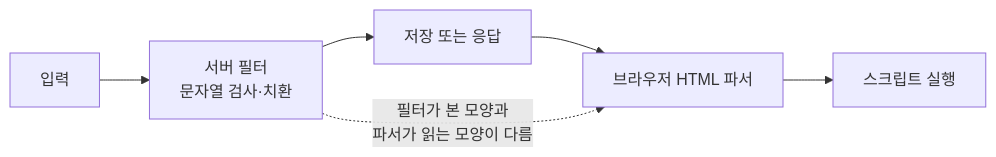
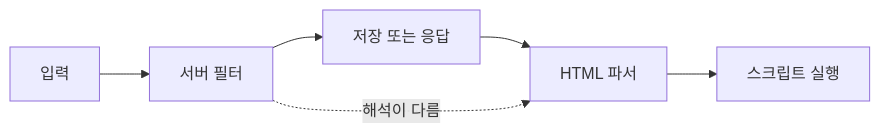
The diagram in _notes/xss-filter-bypass-patterns.md (logiciris/logiciris.github.io), drawn with Mermaid before and after one commit. The commit also changed 28 other files, not shown here.

Commit message:
Notes batches 1-2: qa fixes (accuracy, links, mermaid labels)

````diff
--- a/_notes/xss-filter-bypass-patterns.md
+++ b/_notes/xss-filter-bypass-patterns.md
@@ -22,8 +22,8 @@
 ```mermaid
 flowchart LR
-    A["입력"] --> B["서버 필터<br/>문자열 검사·치환"]
+    A["입력"] --> B["서버 필터"]
     B --> C["저장 또는 응답"]
-    C --> D["브라우저 HTML 파서"]
+    C --> D["HTML 파서"]
     D --> E["스크립트 실행"]
-    B -. "필터가 본 모양과<br/>파서가 읽는 모양이 다름" .-> D
+    B -. "해석이 다름" .-> D
 ```
````
